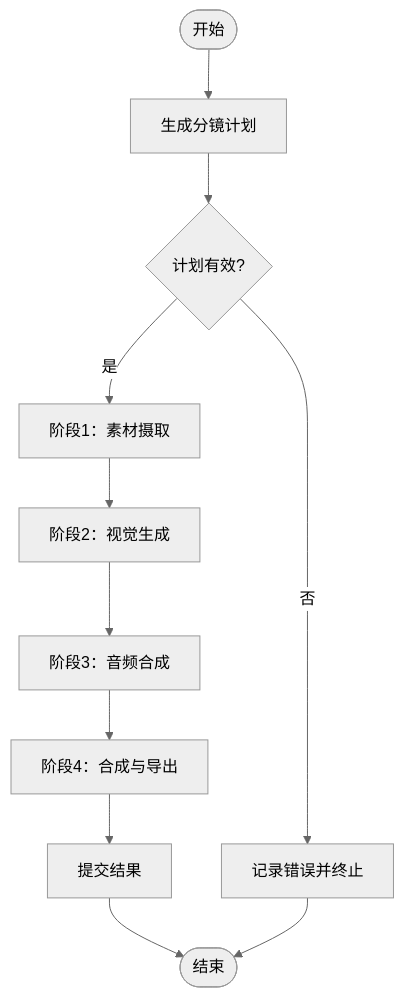
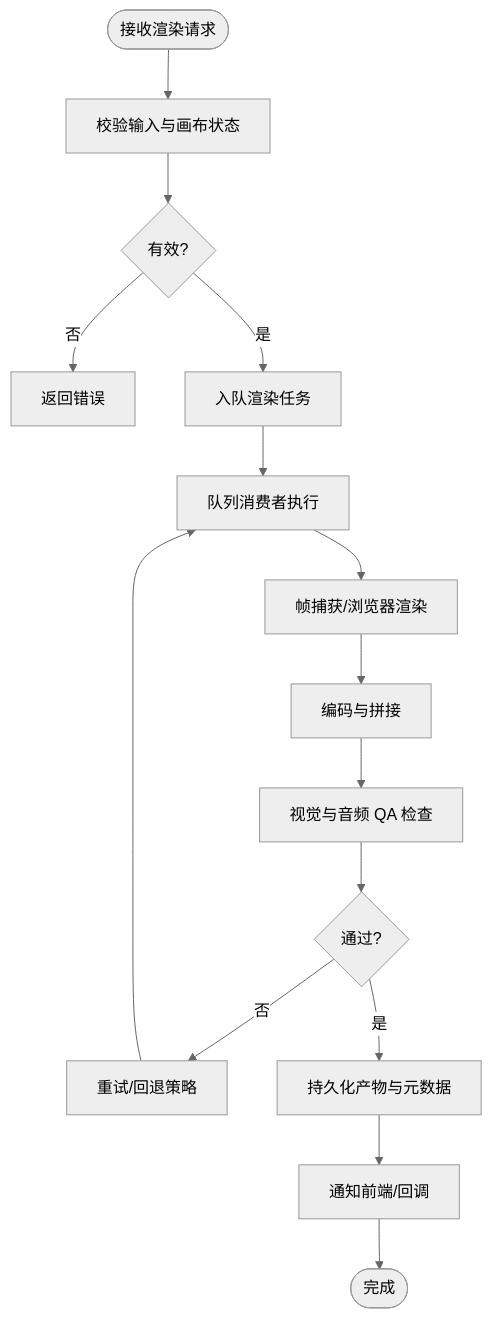
Before and after one commit to scottcwy/PurpleInk: the fourth of 6 diagrams in .qoder/repowiki/zh/content/项目概述/项目概述.md, drawn with Mermaid (neutral theme). The commit also changed other lines of this file and 872 other files, not shown here.

````diff
--- a/.qoder/repowiki/zh/content/项目概述/项目概述.md
+++ b/.qoder/repowiki/zh/content/项目概述/项目概述.md
@@ -199,13 +203,17 @@
 ```mermaid
 flowchart TD
-Start(["开始"]) --> Plan["生成分镜计划"]
-Plan --> Validate{"计划有效?"}
-Validate --> |否| Error["记录错误并终止"]
-Validate --> |是| Stage1["阶段1：素材摄取"]
-Stage1 --> Stage2["阶段2：视觉生成"]
-Stage2 --> Stage3["阶段3：音频合成"]
-Stage3 --> Stage4["阶段4：合成与导出"]
-Stage4 --> Commit["提交结果"]
-Commit --> End(["结束"])
-Error --> End
+Start(["接收渲染请求"]) --> Validate["校验输入与画布状态"]
+Validate --> Valid{"有效?"}
+Valid --> |否| Error["返回错误"]
+Valid --> |是| Enqueue["入队渲染任务"]
+Enqueue --> Consume["队列消费者执行"]
+Consume --> Capture["帧捕获/浏览器渲染"]
+Capture --> Encode["编码与拼接"]
+Encode --> QA["视觉与音频 QA 检查"]
+QA --> Pass{"通过?"}
+Pass --> |否| Retry["重试/回退策略"]
+Pass --> |是| Persist["持久化产物与元数据"]
+Persist --> Notify["通知前端/回调"]
+Notify --> End(["完成"])
+Retry --> Consume
 ```
````
